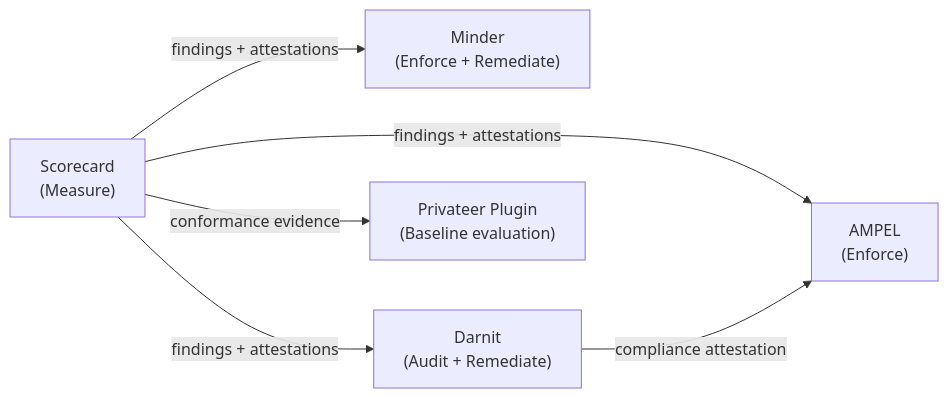
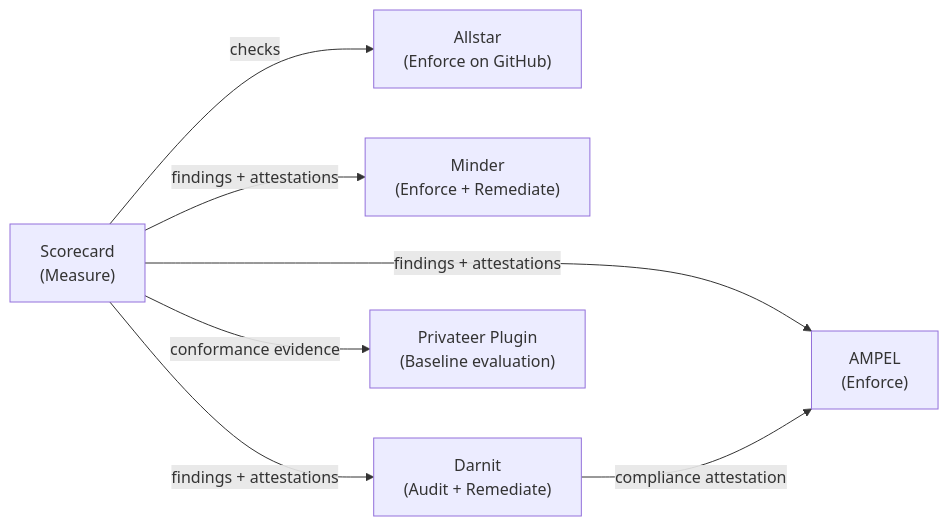
One commit to ossf/scorecard changed the first of 2 diagrams in openspec/changes/osps-baseline-conformance/proposal.md. Above: the diagram before and after it, drawn with Mermaid. The commit also changed other lines of this file and 1 other file, not shown here.

First line of the commit message:
:seedling: Add Allstar to ecosystem comparison and ORBIT diagram; add CQ-16

````diff
--- a/openspec/changes/osps-baseline-conformance/proposal.md
+++ b/openspec/changes/osps-baseline-conformance/proposal.md
@@ -48,8 +48,9 @@
 ```mermaid
 flowchart LR
-    Scorecard["Scorecard<br/>(Measure)"] -->|findings + attestations| Minder["Minder<br/>(Enforce + Remediate)"]
+    Scorecard["Scorecard<br/>(Measure)"] -->|checks| Allstar["Allstar<br/>(Enforce on GitHub)"]
+    Scorecard -->|findings + attestations| Minder["Minder<br/>(Enforce + Remediate)"]
     Scorecard -->|findings + attestations| Darnit["Darnit<br/>(Audit + Remediate)"]
     Scorecard -->|findings + attestations| AMPEL["AMPEL<br/>(Enforce)"]
     Darnit -->|compliance attestation| AMPEL
     Scorecard -->|conformance evidence| Privateer["Privateer Plugin<br/>(Baseline evaluation)"]
 ```
````
